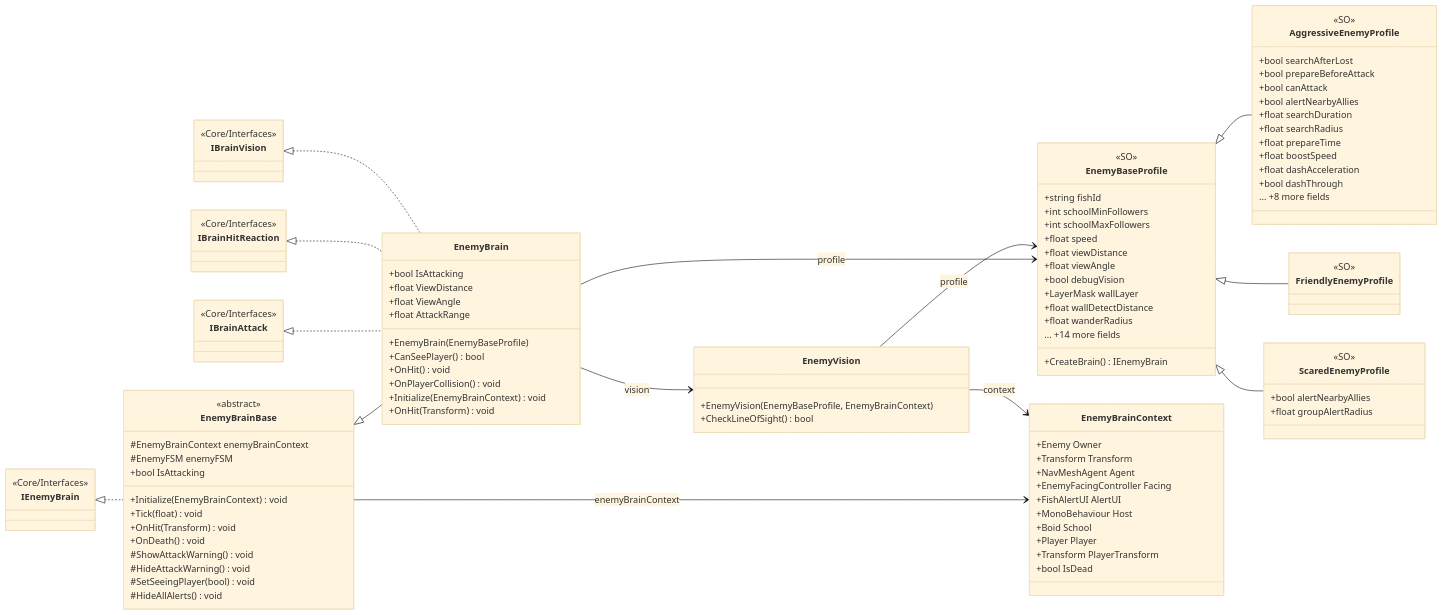
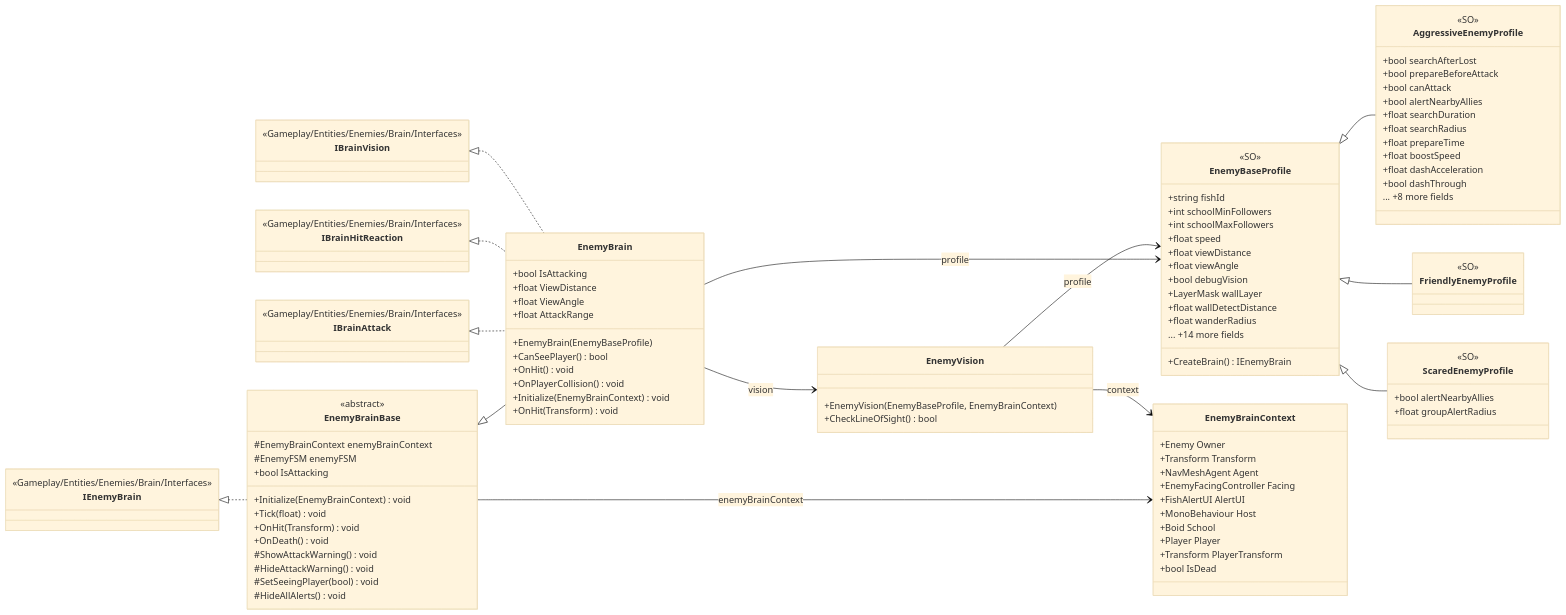
One commit to PhumipatWave/project-ocean changed the diagram in docs/uml/modules/Gameplay_Entities_Enemies_Brain.md. Above: the diagram before and after it, drawn with Mermaid (base theme). The commit also changed other lines of this file and 191 other files, not shown here.

```diff
--- a/docs/uml/modules/Gameplay_Entities_Enemies_Brain.md
+++ b/docs/uml/modules/Gameplay_Entities_Enemies_Brain.md
@@ -88,16 +88,16 @@
     +float groupAlertRadius
   }
   class IBrainAttack {
-    <<Core/Interfaces>>
+    <<Gameplay/Entities/Enemies/Brain/Interfaces>>
   }
   class IBrainHitReaction {
-    <<Core/Interfaces>>
+    <<Gameplay/Entities/Enemies/Brain/Interfaces>>
   }
   class IBrainVision {
-    <<Core/Interfaces>>
+    <<Gameplay/Entities/Enemies/Brain/Interfaces>>
   }
   class IEnemyBrain {
-    <<Core/Interfaces>>
+    <<Gameplay/Entities/Enemies/Brain/Interfaces>>
   }
   EnemyBaseProfile <|-- AggressiveEnemyProfile
   EnemyBaseProfile <|-- FriendlyEnemyProfile
```
